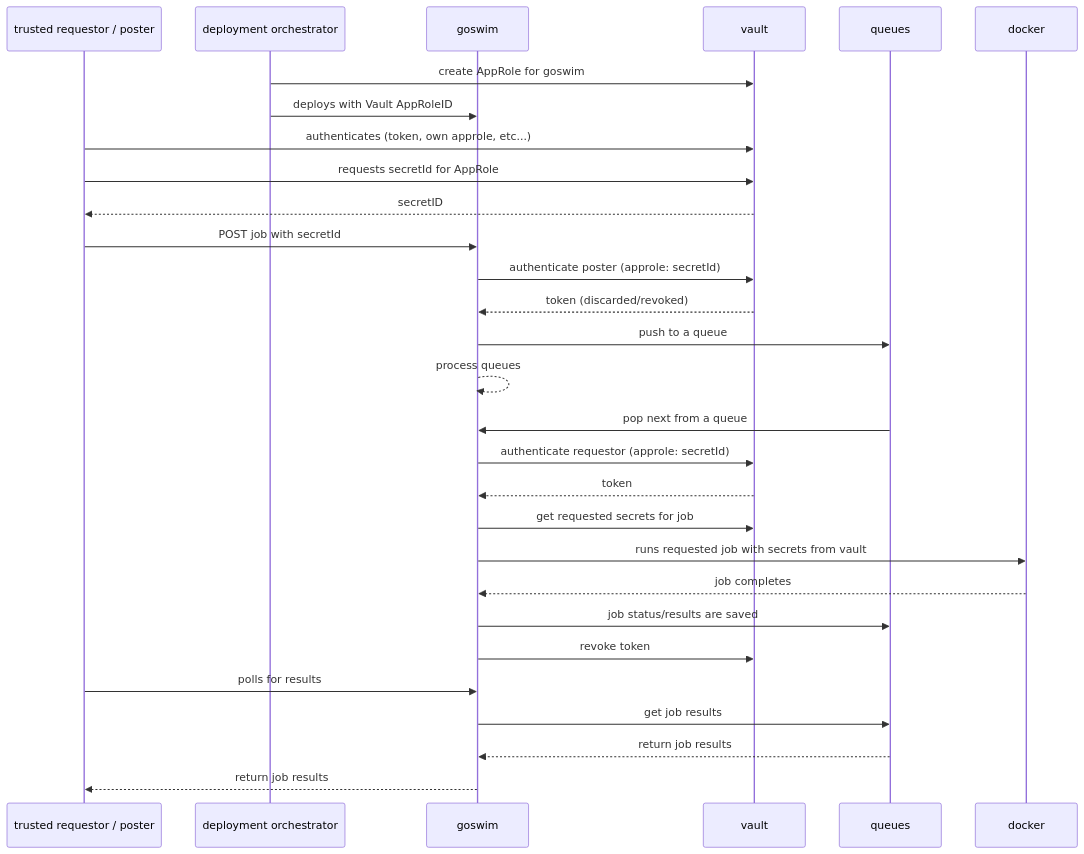
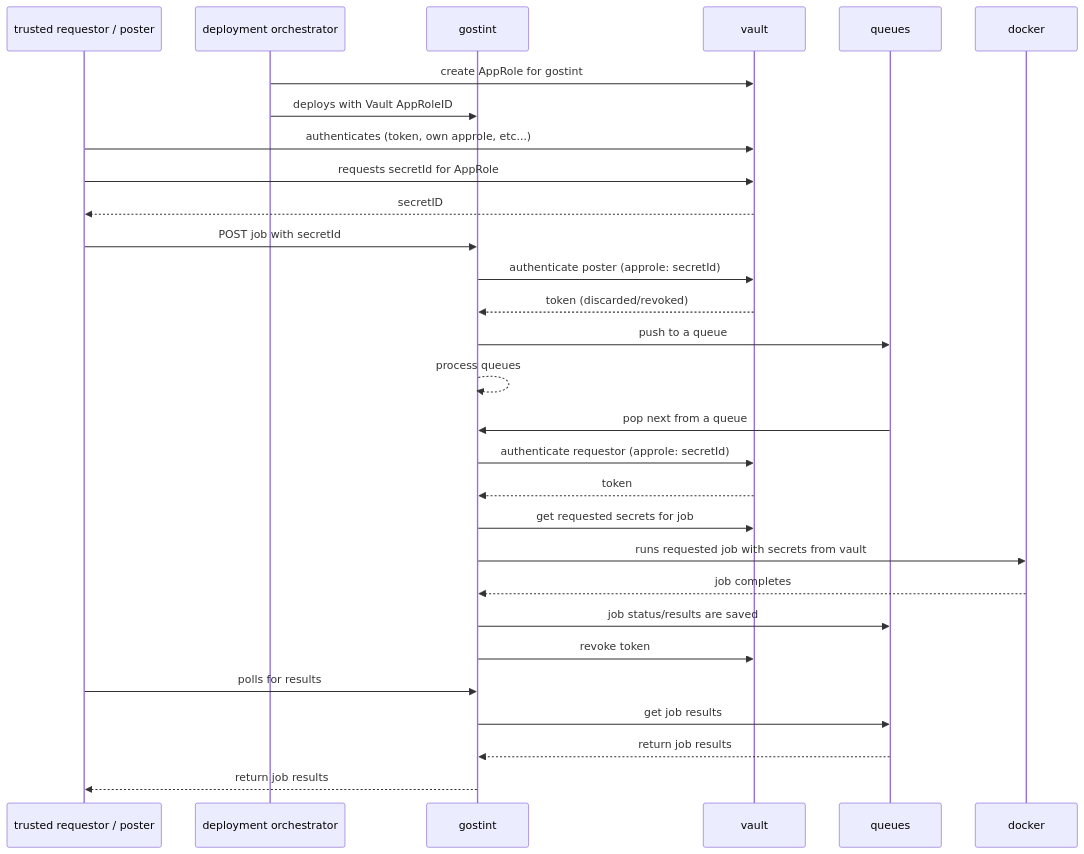
Before and after one commit to goethite/gostint: the first of 6 diagrams in docs/jobsequence.md, drawn with Mermaid. The commit also changed other lines of this file and 44 other files, not shown here.

````diff
--- a/docs/jobsequence.md
+++ b/docs/jobsequence.md
@@ -4,38 +4,38 @@
 ```mermaid
 sequenceDiagram
   participant requestor as trusted requestor / poster
   participant od as deployment orchestrator
-  participant goswim
+  participant gostint
   participant vault
   participant queues
   participant docker
 
-  od->>vault: create AppRole for goswim
-  od->>goswim: deploys with Vault AppRoleID
+  od->>vault: create AppRole for gostint
+  od->>gostint: deploys with Vault AppRoleID
   requestor->>vault: authenticates (token, own approle, etc...)
   %% vault-->>vault: grants
   requestor->>vault: requests secretId for AppRole
   vault-->>requestor: secretID
 
-  requestor->>goswim: POST job with secretId
+  requestor->>gostint: POST job with secretId
 
-  goswim->>vault: authenticate poster (approle: secretId)
-  vault-->>goswim: token (discarded/revoked)
-  goswim->>queues: push to a queue
+  gostint->>vault: authenticate poster (approle: secretId)
+  vault-->>gostint: token (discarded/revoked)
+  gostint->>queues: push to a queue
 
-  goswim-->>goswim: process queues
+  gostint-->>gostint: process queues
 
-  queues->>goswim: pop next from a queue
-  goswim->>vault: authenticate requestor (approle: secretId)
-  vault-->>goswim: token
-  goswim->>vault: get requested secrets for job
-  goswim->>docker: runs requested job with secrets from vault
-  docker-->>goswim: job completes
-  goswim->>queues: job status/results are saved
-  goswim->>vault: revoke token
+  queues->>gostint: pop next from a queue
+  gostint->>vault: authenticate requestor (approle: secretId)
+  vault-->>gostint: token
+  gostint->>vault: get requested secrets for job
+  gostint->>docker: runs requested job with secrets from vault
+  docker-->>gostint: job completes
+  gostint->>queues: job status/results are saved
+  gostint->>vault: revoke token
 
-  requestor->>goswim: polls for results
-  goswim->>queues: get job results
-  queues-->>goswim: return job results
-  goswim-->>requestor: return job results
+  requestor->>gostint: polls for results
+  gostint->>queues: get job results
+  queues-->>gostint: return job results
+  gostint-->>requestor: return job results
 ```
````
